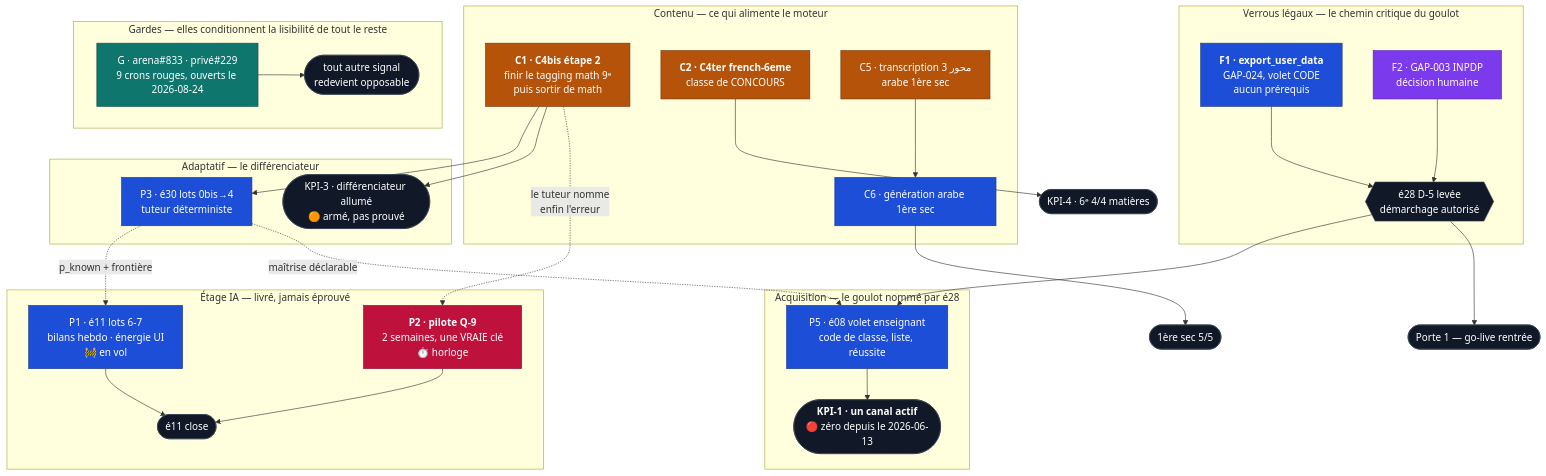
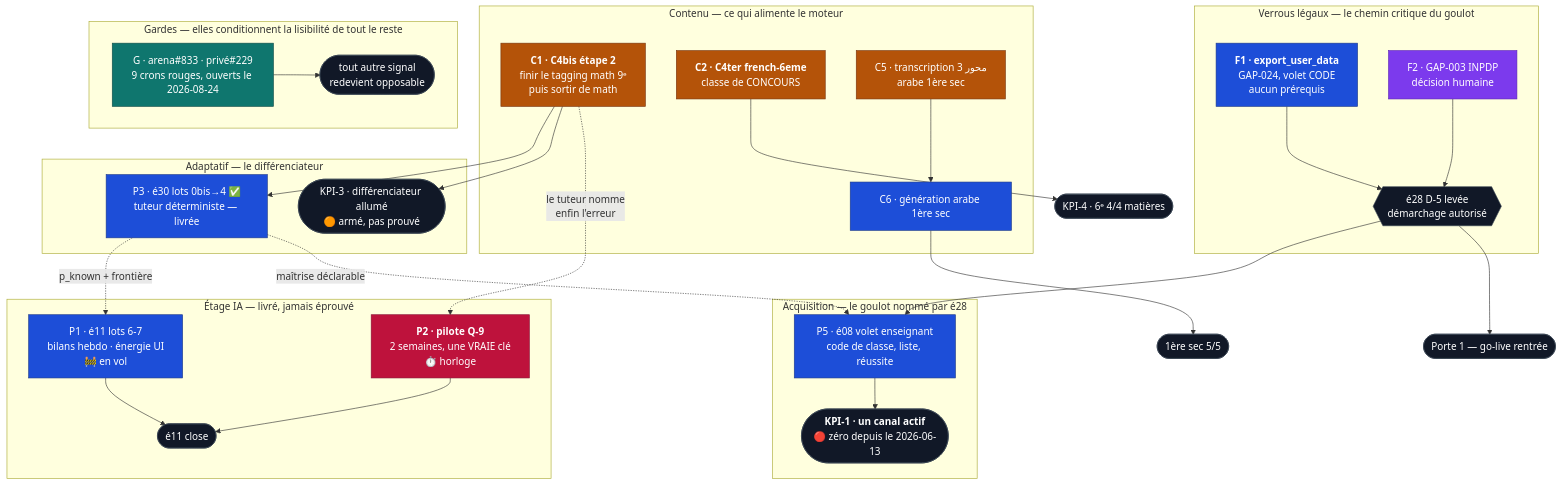
The diagram in FableEtudes/ROADMAP.md (MBeji/yahia-quest-content), drawn with Mermaid before and after one commit. The commit also changed other lines of this file, not shown here.

First line of the commit message:
docs(roadmap): la file ignorait que é30 est livrée — cinq lots et un arbitrage

````diff
--- a/FableEtudes/ROADMAP.md
+++ b/FableEtudes/ROADMAP.md
@@ -50,66 +50,66 @@
 ```mermaid
 flowchart TD
     subgraph LEGAL["Verrous légaux — le chemin critique du goulot"]
         F1["<b>F1 · export_user_data</b><br/>GAP-024, volet CODE<br/>aucun prérequis"]
         F2["F2 · GAP-003 INPDP<br/>décision humaine"]
         D5{{"é28 D-5 levée<br/>démarchage autorisé"}}
         F1 --> D5
         F2 --> D5
     end
 
     subgraph ACQ["Acquisition — le goulot nommé par é28"]
         P5["P5 · é08 volet enseignant<br/>code de classe, liste, réussite"]
         KPI1(["<b>KPI-1 · un canal actif</b><br/>🔴 zéro depuis le 2026-06-13"])
         P5 --> KPI1
     end
     D5 --> P5
     D5 --> PORTE1(["Porte 1 — go-live rentrée"])
 
     subgraph CONTENU["Contenu — ce qui alimente le moteur"]
         C1["<b>C1 · C4bis étape 2</b><br/>finir le tagging math 9ᵉ<br/>puis sortir de math"]
         C2["<b>C2 · C4ter french-6eme</b><br/>classe de CONCOURS"]
         C5["C5 · transcription محور 3<br/>arabe 1ère sec"]
         C6["C6 · génération arabe 1ère sec"]
         C5 --> C6
     end
 
     subgraph IA["Étage IA — livré, jamais éprouvé"]
         P2["<b>P2 · pilote Q-9</b><br/>2 semaines, une VRAIE clé<br/>⏱️ horloge"]
         P1["P1 · é11 lots 6-7<br/>bilans hebdo · énergie UI<br/>🚧 en vol"]
         E11(["é11 close"])
         P1 --> E11
         P2 --> E11
     end
 
     subgraph ADAPT["Adaptatif — le différenciateur"]
-        P3["P3 · é30 lots 0bis→4<br/>tuteur déterministe"]
+        P3["P3 · é30 lots 0bis→4 ✅<br/>tuteur déterministe — livrée"]
         KPI3(["KPI-3 · différenciateur allumé<br/>🟠 armé, pas prouvé"])
     end
 
     C1 --> P3
     C1 --> KPI3
     C1 -.->|"le tuteur nomme<br/>enfin l'erreur"| P2
     P3 -.->|"p_known + frontière"| P1
     P3 -.->|"maîtrise déclarable"| P5
     C2 --> KPI4(["KPI-4 · 6ᵉ 4/4 matières"])
     C6 --> L1S(["1ère sec 5/5"])
 
     subgraph GARDES["Gardes — elles conditionnent la lisibilité de tout le reste"]
         G["G · arena#833 · privé#229<br/>9 crons rouges, ouverts le 2026-08-24"]
         G --> LISIBLE(["tout autre signal<br/>redevient opposable"])
     end
 
     classDef code fill:#1d4ed8,stroke:#1e3a8a,color:#fff
     classDef humain fill:#7c3aed,stroke:#5b21b6,color:#fff
     classDef contenu fill:#b45309,stroke:#78350f,color:#fff
     classDef horloge fill:#be123c,stroke:#881337,color:#fff
     classDef envol fill:#0f766e,stroke:#134e4a,color:#fff
     classDef kpi fill:#111827,stroke:#374151,color:#fff
 
     class F1,P5,P3,P1,C6 code
     class F2 humain
     class C1,C2,C5 contenu
     class P2 horloge
     class G envol
     class KPI1,KPI3,KPI4,L1S,PORTE1,E11,D5,LISIBLE kpi
 ```
````
